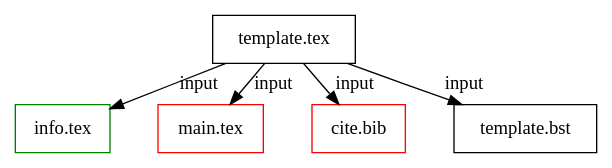
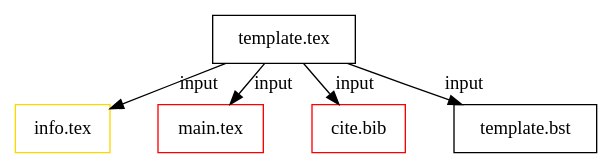
Before and after one commit to bwtian/texTemplate: the diagram in texTemplate.org, drawn with Graphviz. The commit also changed other lines of this file and 2 other files, not shown here.

Commit message:
- ‘.#texTemplate.org’ / ‘texTemplate.org’ / ‘texTemplate.svg’

```diff
--- a/texTemplate.org
+++ b/texTemplate.org
@@ -4,20 +4,20 @@
 #+BEGIN_SRC dot :file ./texTemplate.svg 
 digraph { 
 fontname="Times"; 
 fontsize = 12; 
 splines = false; 
 ranksep = 0.2; 
 nodesep = 0.5; 
 node [shape = box] 
 //1. set node 
 temp [label = "template.tex"]
-info [label = "info.tex", color = green]
+info [label = "info.tex", color = gold]
 main [label = "main.tex", color = red]
 bib [label = "cite.bib", color = red]
 bst [label = "template.bst"]
 //2. set path 
 temp -> {info,main, bib, bst} [label = input]
 //3. set rank 
 
 }
 #+END_SRC
```
